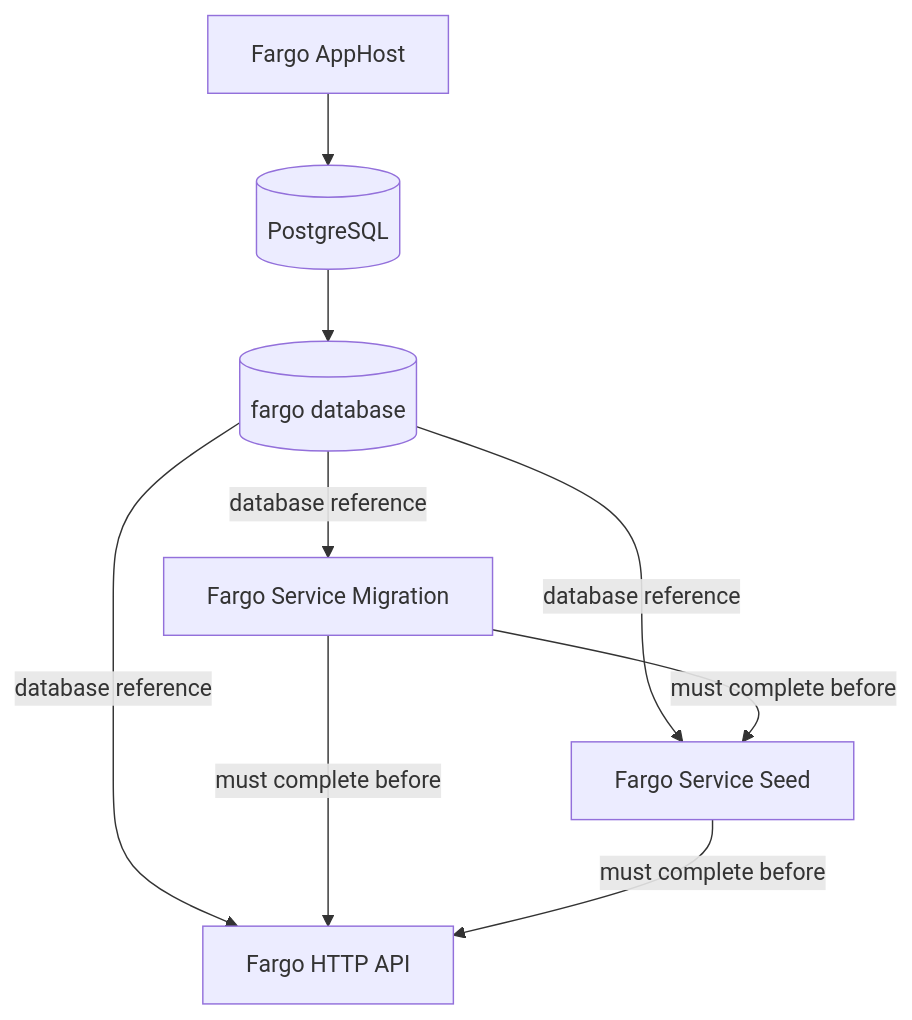
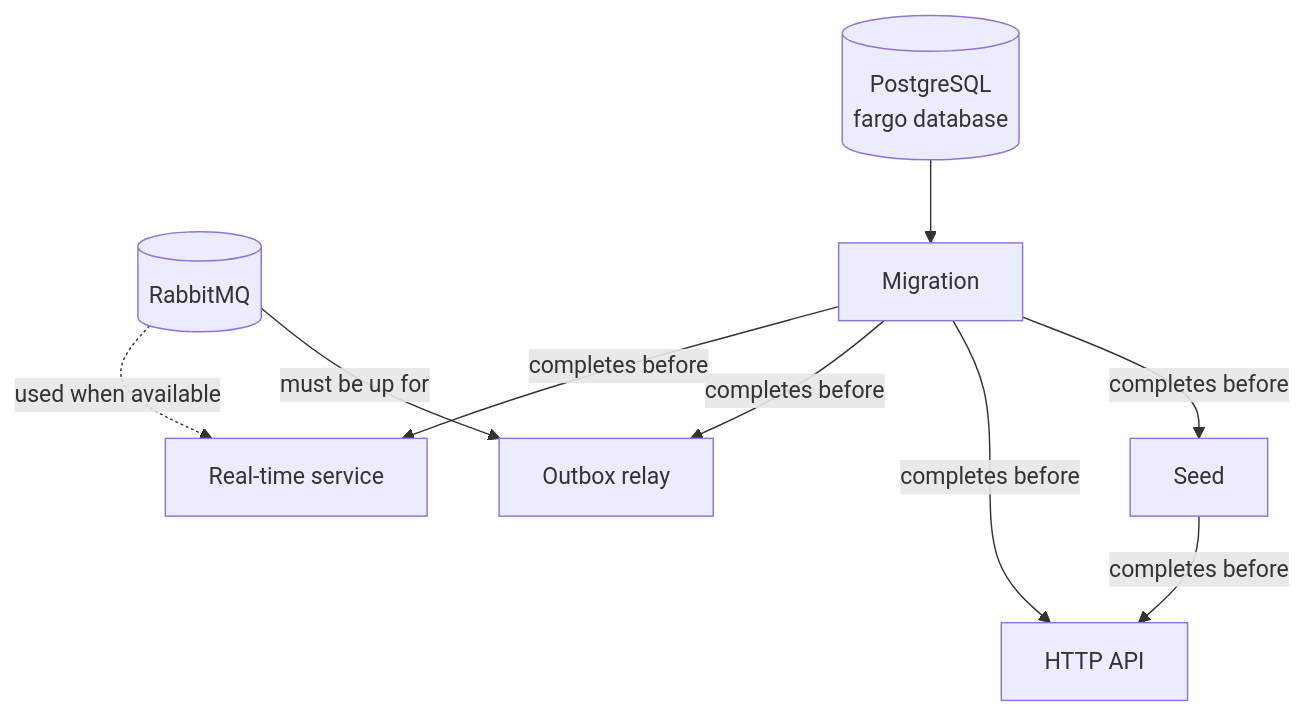
One commit to silvestrinigor/Fargo changed the second of 2 diagrams in docs/server/architecture.md. Above: the diagram before and after it, drawn with Mermaid. The commit also changed other lines of this file and 12 other files, not shown here.

````diff
--- a/docs/server/architecture.md
+++ b/docs/server/architecture.md
@@ -109,23 +107,20 @@
 ```mermaid
 flowchart TD
-    AppHost["Fargo AppHost"]
+    PostgreSQL[("PostgreSQL<br/>fargo database")]
+    RabbitMQ[("RabbitMQ")]
 
-    PostgreSQL[("PostgreSQL")]
-    FargoDB[("fargo database")]
+    Migration["Migration"]
+    Seed["Seed"]
+    HTTP["HTTP API"]
+    Outbox["Outbox relay"]
+    Realtime["Real-time service"]
 
-    Migration["Fargo Service Migration"]
-    Seed["Fargo Service Seed"]
-    HTTP["Fargo HTTP API"]
-
-    AppHost --> PostgreSQL
-    PostgreSQL --> FargoDB
-
-    FargoDB -->|database reference| Migration
-    FargoDB -->|database reference| Seed
-    FargoDB -->|database reference| HTTP
-
-    Migration -->|must complete before| Seed
-    Migration -->|must complete before| HTTP
-
-    Seed -->|must complete before| HTTP
+    PostgreSQL --> Migration
+    Migration -->|completes before| Seed
+    Migration -->|completes before| HTTP
+    Seed -->|completes before| HTTP
+    Migration -->|completes before| Outbox
+    Migration -->|completes before| Realtime
+    RabbitMQ -->|must be up for| Outbox
+    RabbitMQ -.->|used when available| Realtime
 ```
````
